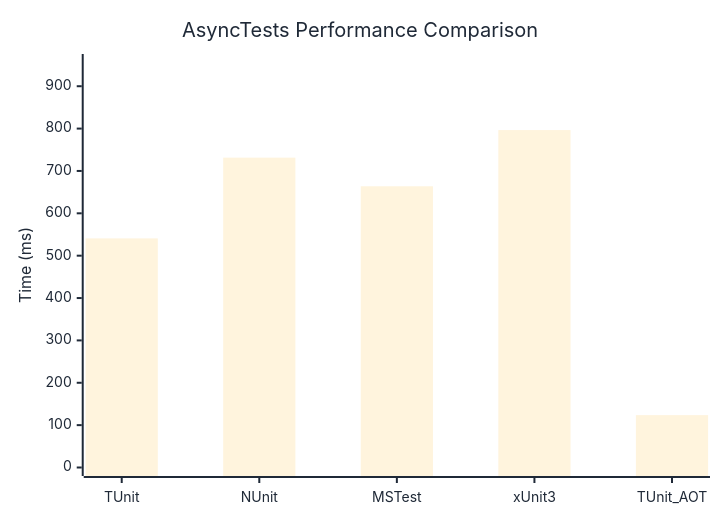
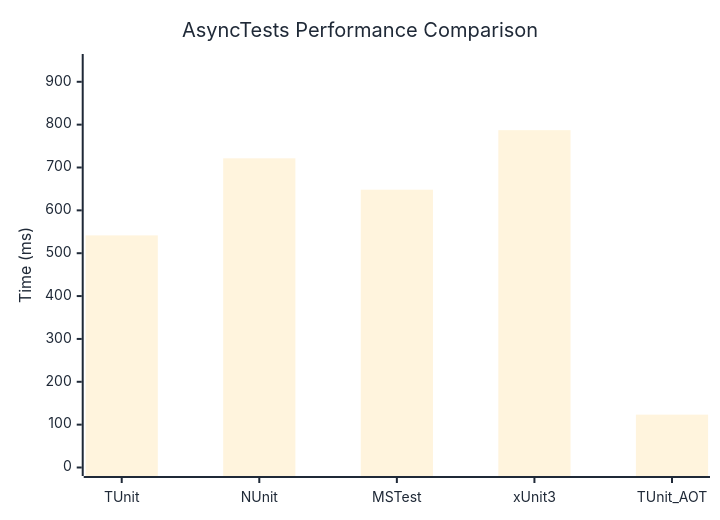
One commit to thomhurst/TUnit changed the diagram in docs/docs/benchmarks/AsyncTests.md. Above: the diagram before and after it, drawn with Mermaid. The commit also changed other lines of this file and 17 other files, not shown here.

````diff
--- a/docs/docs/benchmarks/AsyncTests.md
+++ b/docs/docs/benchmarks/AsyncTests.md
@@ -27,37 +27,37 @@
 ```mermaid
 %%{init: {
   'theme':'base',
   'themeVariables': {
     'primaryColor': '#2563eb',
     'primaryTextColor': '#1f2937',
     'primaryBorderColor': '#1e40af',
     'lineColor': '#6b7280',
     'secondaryColor': '#7c3aed',
     'tertiaryColor': '#dc2626',
     'background': '#ffffff',
     'mainBkg': '#2563eb',
     'secondBkg': '#7c3aed',
     'tertiaryBkg': '#dc2626',
     'clusterBkg': '#f3f4f6',
     'edgeLabelBackground': '#ffffff',
     'tertiaryTextColor': '#1f2937',
     'pie1': '#2563eb',
     'pie2': '#7c3aed',
     'pie3': '#dc2626',
     'pie4': '#f59e0b',
     'pie5': '#10b981',
     'pie6': '#06b6d4',
     'pie7': '#ec4899',
     'pie8': '#6366f1',
     'pie9': '#84cc16',
     'pie10': '#f97316',
     'pie11': '#14b8a6',
     'pie12': '#a855f7'
   }
 }}%%
 xychart-beta
   title "AsyncTests Performance Comparison"
   x-axis ["TUnit", "NUnit", "MSTest", "xUnit3", "TUnit_AOT"]
-  y-axis "Time (ms)" 0 --> 956
-  bar [540.8, 731.4, 663.8, 796.5, 123.6]
+  y-axis "Time (ms)" 0 --> 945
+  bar [541.6, 721.4, 648.2, 787.1, 123.3]
 ```
````
